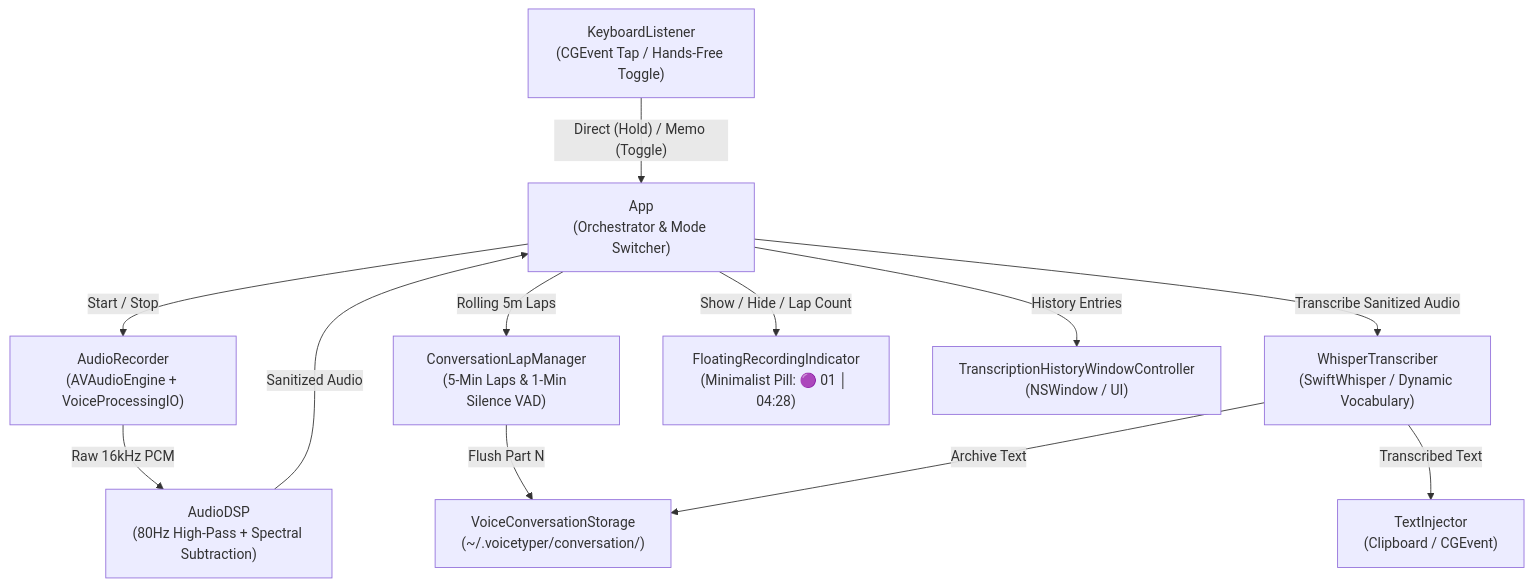
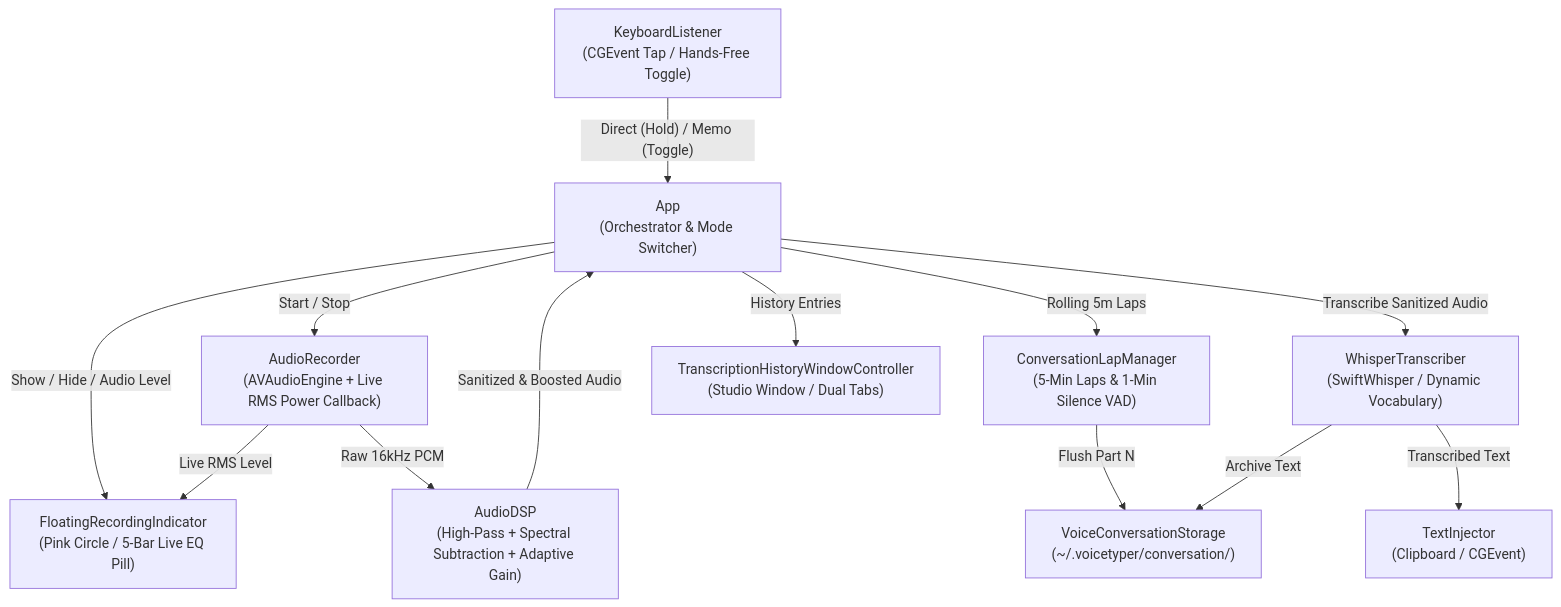
The diagram in README.md (burubur/voicetyper), drawn with Mermaid before and after one commit. The commit also changed other lines of this file and 3 other files, not shown here.

Commit message:
docs: synchronize README, PRD, technical spec, and test scenarios with latest architecture and UI

````diff
--- a/README.md
+++ b/README.md
@@ -92,27 +93,28 @@
 ```mermaid
 graph TD
     %% Components
     App["App<br/>(Orchestrator & Mode Switcher)"]
     KL["KeyboardListener<br/>(CGEvent Tap / Hands-Free Toggle)"]
-    AR["AudioRecorder<br/>(AVAudioEngine + VoiceProcessingIO)"]
-    DSP["AudioDSP<br/>(80Hz High-Pass + Spectral Subtraction)"]
+    AR["AudioRecorder<br/>(AVAudioEngine + Live RMS Power Callback)"]
+    DSP["AudioDSP<br/>(High-Pass + Spectral Subtraction + Adaptive Gain)"]
     LM["ConversationLapManager<br/>(5-Min Laps & 1-Min Silence VAD)"]
     WT["WhisperTranscriber<br/>(SwiftWhisper / Dynamic Vocabulary)"]
     TI["TextInjector<br/>(Clipboard / CGEvent)"]
     CS["VoiceConversationStorage<br/>(~/.voicetyper/conversation/)"]
-    FRI["FloatingRecordingIndicator<br/>(Minimalist Pill: 🟣 01 │ 04:28)"]
-    THW["TranscriptionHistoryWindowController<br/>(NSWindow / UI)"]
+    FRI["FloatingRecordingIndicator<br/>(Pink Circle / 5-Bar Live EQ Pill)"]
+    THW["TranscriptionHistoryWindowController<br/>(Studio Window / Dual Tabs)"]
 
     %% Flow
     KL -- "Direct (Hold) / Memo (Toggle)" --> App
-    App -- "Show / Hide / Lap Count" --> FRI
+    App -- "Show / Hide / Audio Level" --> FRI
+    AR -- "Live RMS Level" --> FRI
     App -- "Start / Stop" --> AR
     AR -- "Raw 16kHz PCM" --> DSP
-    DSP -- "Sanitized Audio" --> App
+    DSP -- "Sanitized & Boosted Audio" --> App
     App -- "Rolling 5m Laps" --> LM
     LM -- "Flush Part N" --> CS
     App -- "Transcribe Sanitized Audio" --> WT
     WT -- "Transcribed Text" --> TI
     WT -- "Archive Text" --> CS
     App -- "History Entries" --> THW
 ```
````
